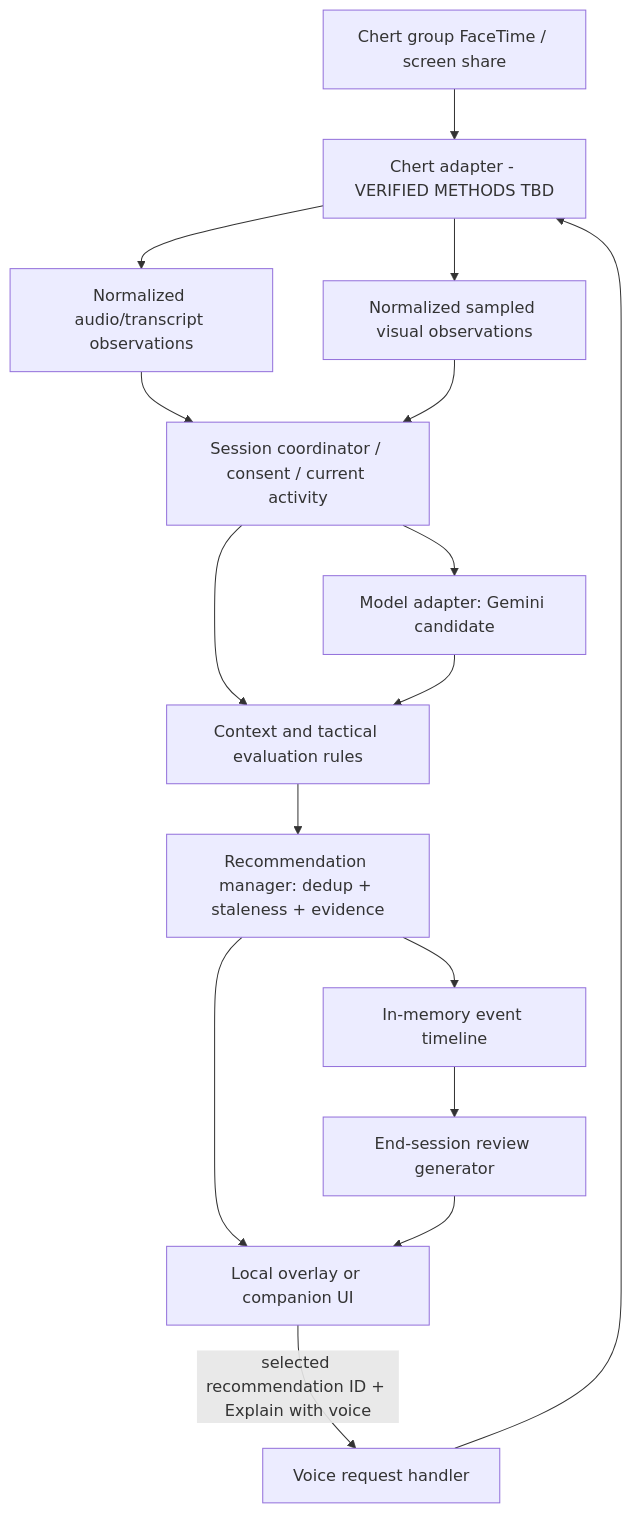
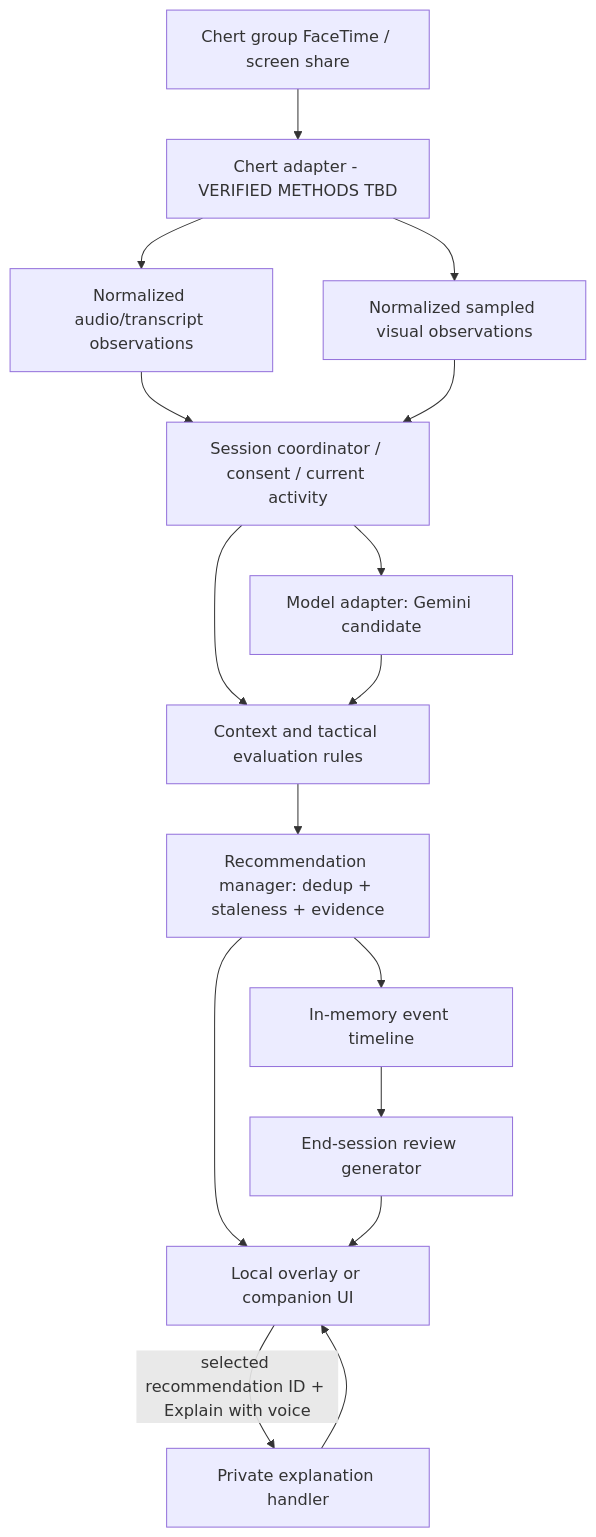
Before and after one commit to ghimiresab12/sidekick-ai: the diagram in docs/engineering.md, drawn with Mermaid. The commit also changed other lines of this file and 7 other files, not shown here.

Commit message:
Finalize Sidekick documentation and private voice coaching

````diff
--- a/docs/engineering.md
+++ b/docs/engineering.md
@@ -11,18 +11,18 @@
 ```mermaid
 flowchart TD
   FT[Chert group FaceTime / screen share] --> CH[Chert adapter - VERIFIED METHODS TBD]
   CH --> A[Normalized audio/transcript observations]
   CH --> V[Normalized sampled visual observations]
   A --> SS[Session coordinator / consent / current activity]
   V --> SS
   SS --> AI[Model adapter: Gemini candidate]
   SS --> RULE[Context and tactical evaluation rules]
   AI --> RULE
   RULE --> RM[Recommendation manager: dedup + staleness + evidence]
   RM --> UI[Local overlay or companion UI]
   RM --> LOG[In-memory event timeline]
-  UI -->|selected recommendation ID + Explain with voice| VOICE[Voice request handler]
-  VOICE --> CH
+  UI -->|selected recommendation ID + Explain with voice| VOICE[Private explanation handler]
+  VOICE --> UI
   LOG --> REVIEW[End-session review generator]
   REVIEW --> UI
 ```
````
